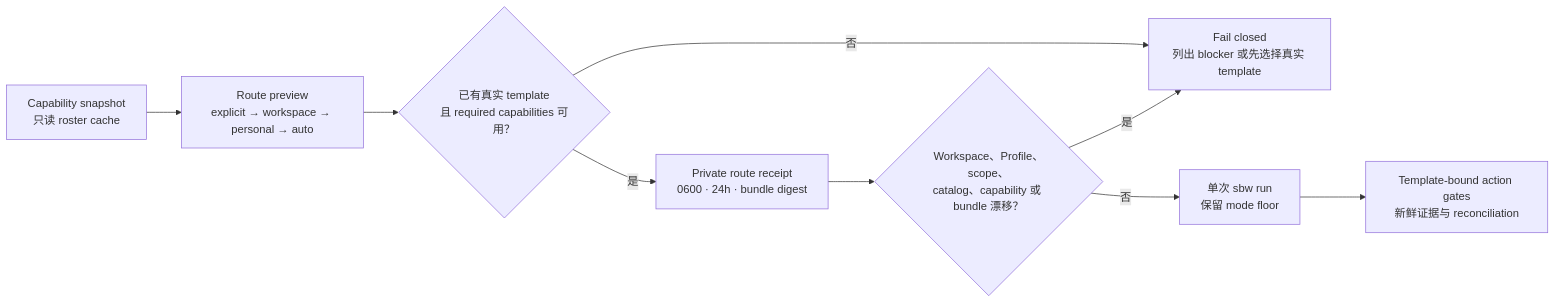
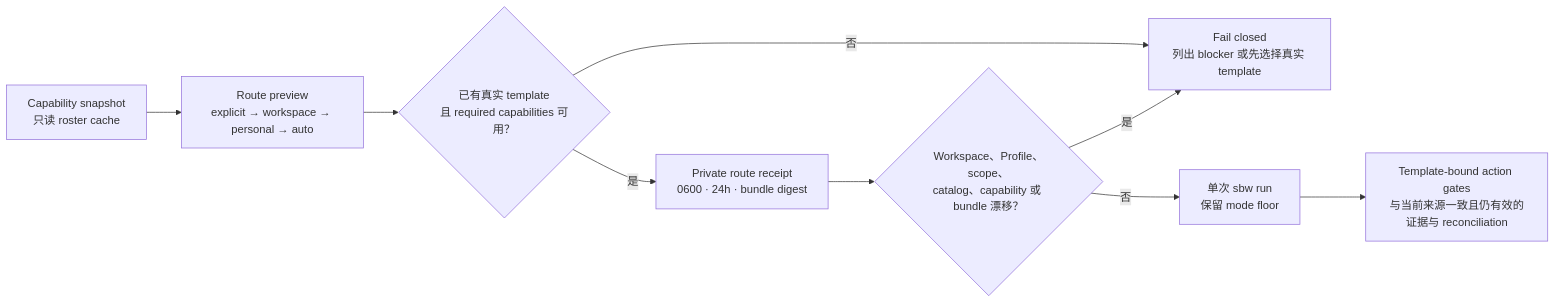
The second of 4 diagrams in docs/details/zh-CN.md (stephen-taipei/better-workflows), drawn with Mermaid before and after one commit. The commit also changed other lines of this file and 83 other files, not shown here.

````diff
--- a/docs/details/zh-CN.md
+++ b/docs/details/zh-CN.md
@@ -175,11 +175,11 @@
 ```mermaid
 flowchart LR
   A["Capability snapshot<br/>只读 roster cache"] --> B["Route preview<br/>explicit → workspace → personal → auto"]
   B --> C{"已有真实 template<br/>且 required capabilities 可用？"}
   C -- "否" --> D["Fail closed<br/>列出 blocker 或先选择真实 template"]
   C -- "是" --> E["Private route receipt<br/>0600 · 24h · bundle digest"]
   E --> F{"Workspace、Profile、scope、<br/>catalog、capability 或 bundle 漂移？"}
   F -- "是" --> D
   F -- "否" --> G["单次 sbw run<br/>保留 mode floor"]
-  G --> H["Template-bound action gates<br/>新鲜证据与 reconciliation"]
+  G --> H["Template-bound action gates<br/>与当前来源一致且仍有效的证据与 reconciliation"]
 ```
````
